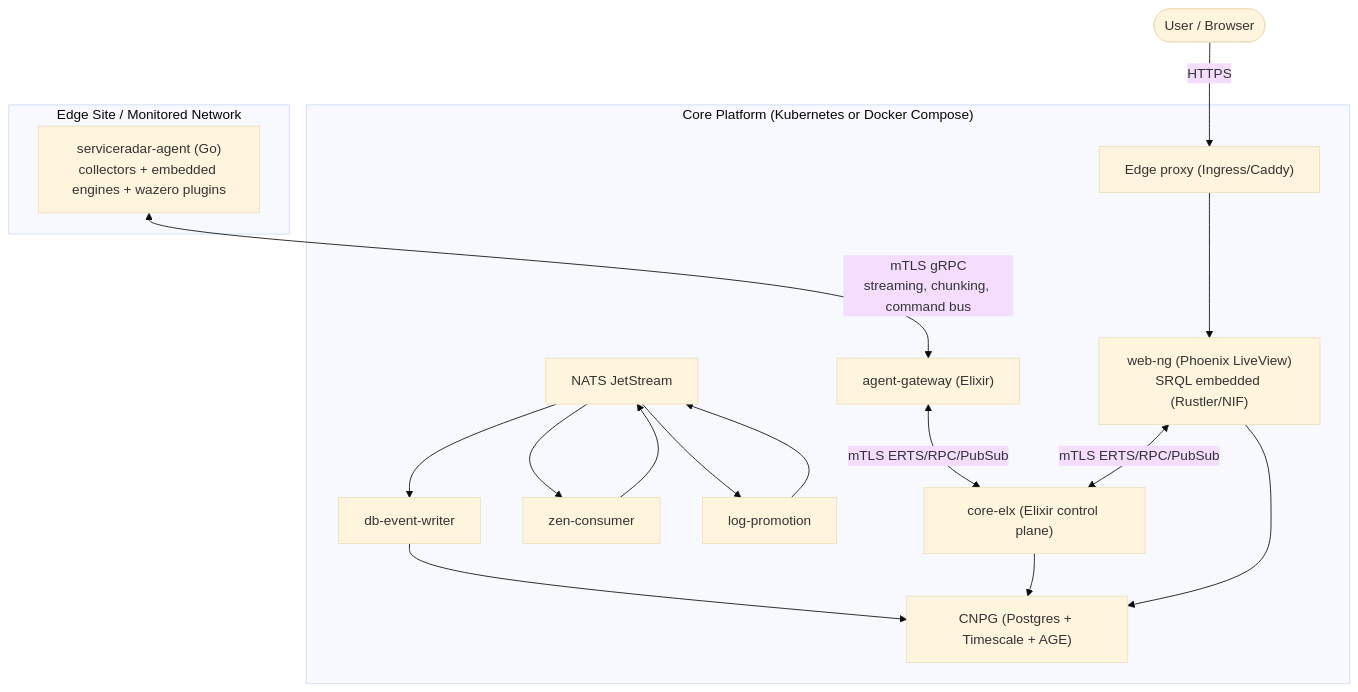
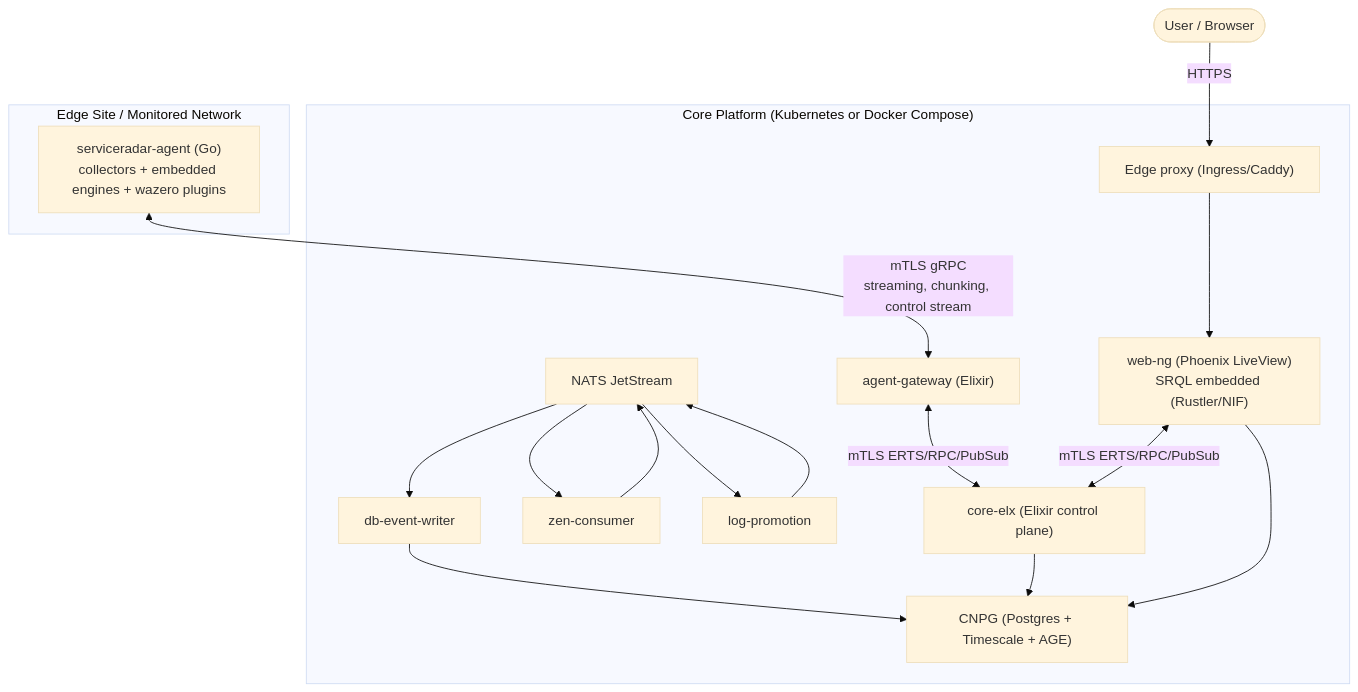
One commit to carverauto/serviceradar changed the diagram in docs/docs/architecture.md. Above: the diagram before and after it, drawn with Mermaid (base theme). The commit also changed other lines of this file and 13 other files, not shown here.

````diff
--- a/docs/docs/architecture.md
+++ b/docs/docs/architecture.md
@@ -14,36 +14,36 @@
 ```mermaid
 flowchart TB
   User([User / Browser])
 
   subgraph Core["Core Platform (Kubernetes or Docker Compose)"]
     Ingress["Edge proxy (Ingress/Caddy)"]
-    Web["web-ng (Phoenix LiveView)\nSRQL embedded (Rustler/NIF)"]
+    Web["web-ng (Phoenix LiveView)<br/>SRQL embedded (Rustler/NIF)"]
     CoreElx["core-elx (Elixir control plane)"]
     GW["agent-gateway (Elixir)"]
 
     NATS["NATS JetStream"]
     Zen["zen-consumer"]
     Promote["log-promotion"]
     Writer["db-event-writer"]
 
     DB["CNPG (Postgres + Timescale + AGE)"]
   end
 
   subgraph Edge["Edge Site / Monitored Network"]
-    Agent["serviceradar-agent (Go)\ncollectors + embedded engines + wazero plugins"]
+    Agent["serviceradar-agent (Go)<br/>collectors + embedded engines + wazero plugins"]
   end
 
   User -->|HTTPS| Ingress --> Web
 
-  Agent <-->|mTLS gRPC<br/>streaming, chunking, command bus| GW
+  Agent <-->|mTLS gRPC<br/>streaming, chunking, control stream| GW
   GW <-->|mTLS ERTS/RPC/PubSub| CoreElx
   Web <-->|mTLS ERTS/RPC/PubSub| CoreElx
 
   %% Bulk ingestion
   NATS --> Zen --> NATS
   NATS --> Promote --> NATS
   NATS --> Writer --> DB
 
   CoreElx --> DB
   Web --> DB
 ```
````
